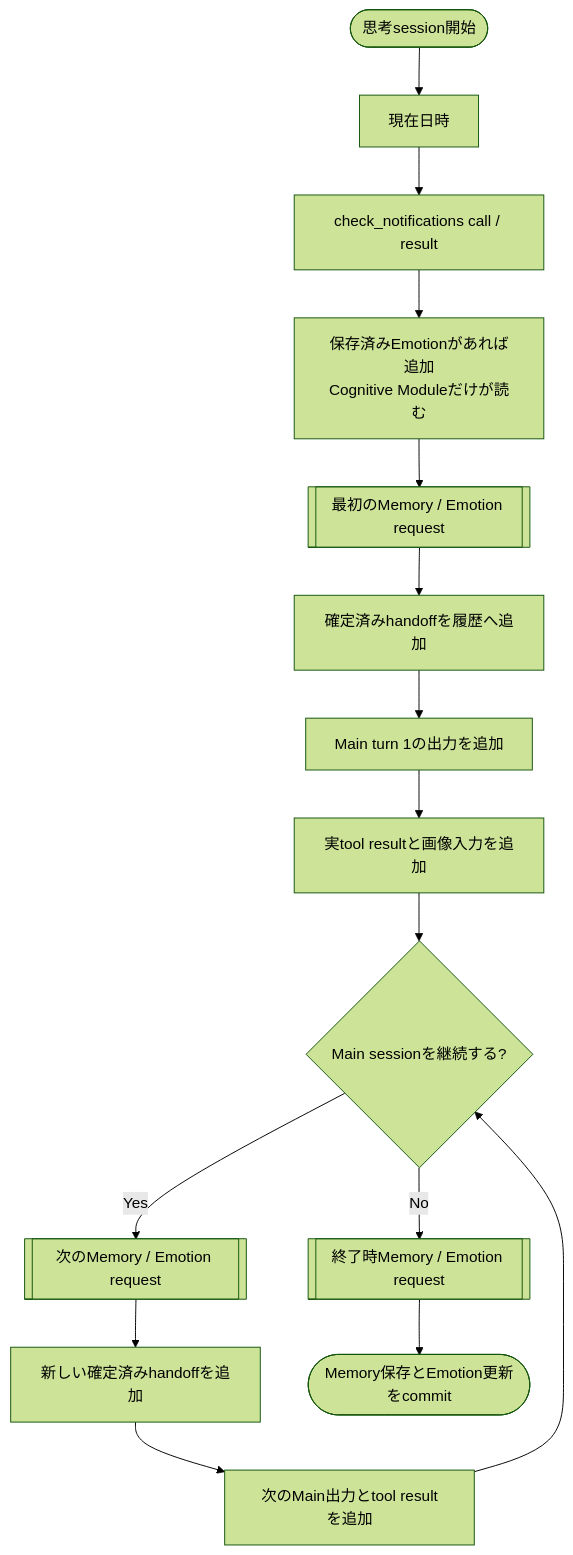
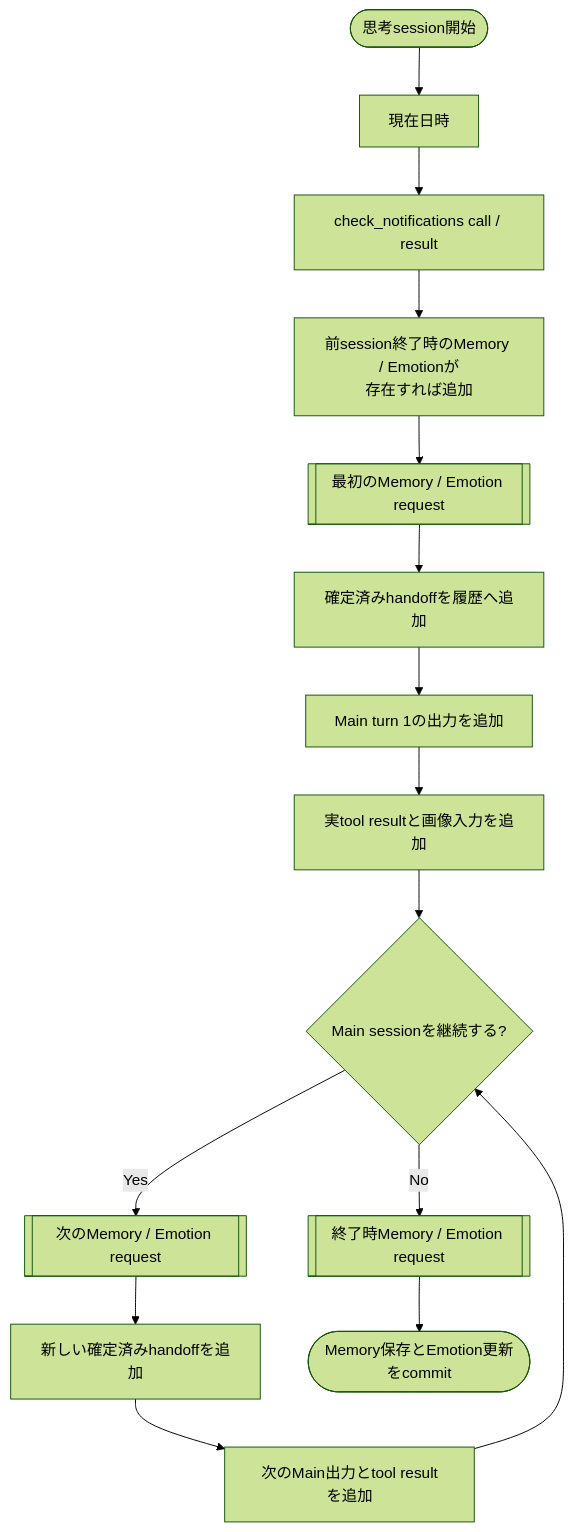
Before and after one commit to yatabis/echo-chamber: the fifth of 9 diagrams in docs/echo-processing-flows.md, drawn with Mermaid (forest theme). The commit also changed other lines of this file and 21 other files, not shown here.

````diff
--- a/docs/echo-processing-flows.md
+++ b/docs/echo-processing-flows.md
@@ -166,17 +166,17 @@
 ```mermaid
 flowchart TD
   start([思考session開始]) --> runtime[現在日時]
   runtime --> startup[check_notifications call / result]
-  startup --> restored[保存済みEmotionがあれば追加<br/>Cognitive Moduleだけが読む]
+  startup --> restored[前session終了時のMemory / Emotionが<br/>存在すれば追加]
   restored --> pre1[[最初のMemory / Emotion request]]
   pre1 --> handoff1[確定済みhandoffを履歴へ追加]
   handoff1 --> main1[Main turn 1の出力を追加]
   main1 --> result1[実tool resultと画像入力を追加]
   result1 --> continue{Main sessionを継続する?}
   continue -->|Yes| preNext[[次のMemory / Emotion request]]
   preNext --> handoffNext[新しい確定済みhandoffを追加]
   handoffNext --> mainNext[次のMain出力とtool resultを追加]
   mainNext --> continue
   continue -->|No| post[[終了時Memory / Emotion request]]
   post --> finish([Memory保存とEmotion更新をcommit])
 ```
````
